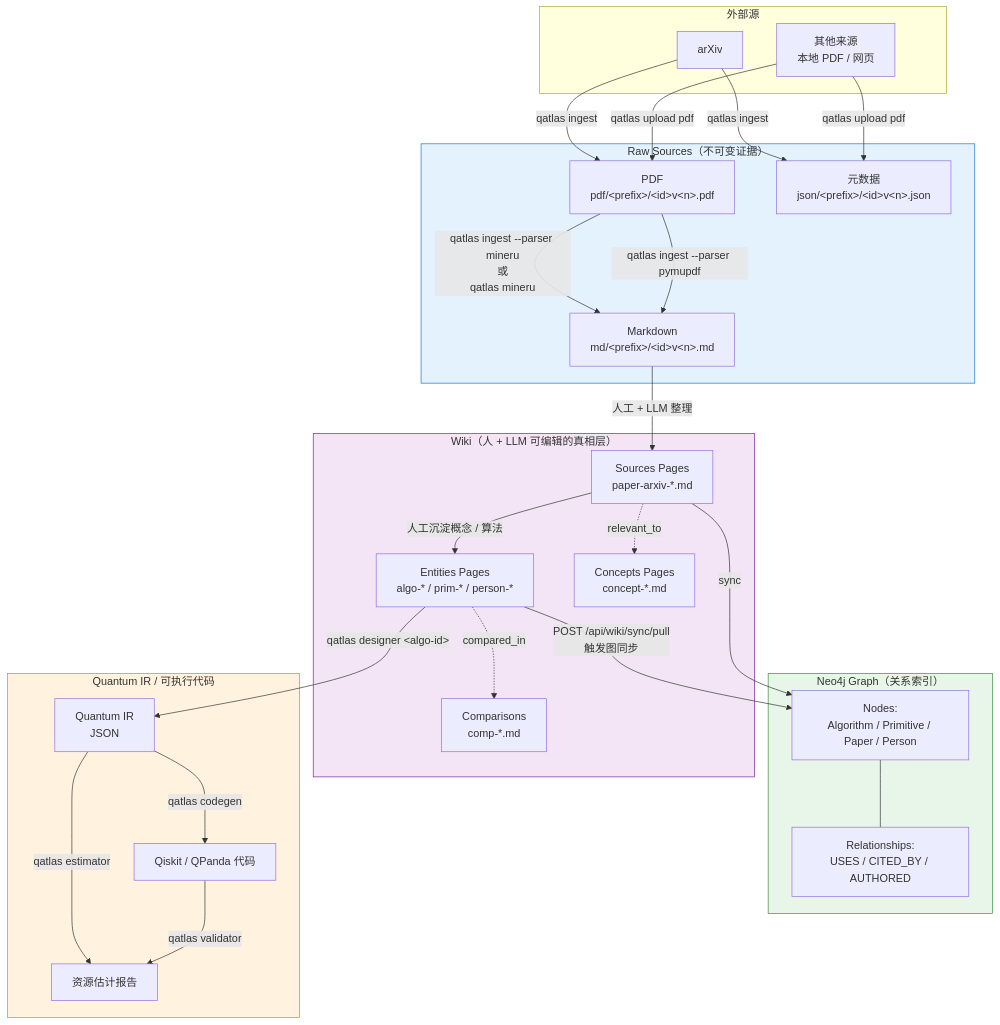
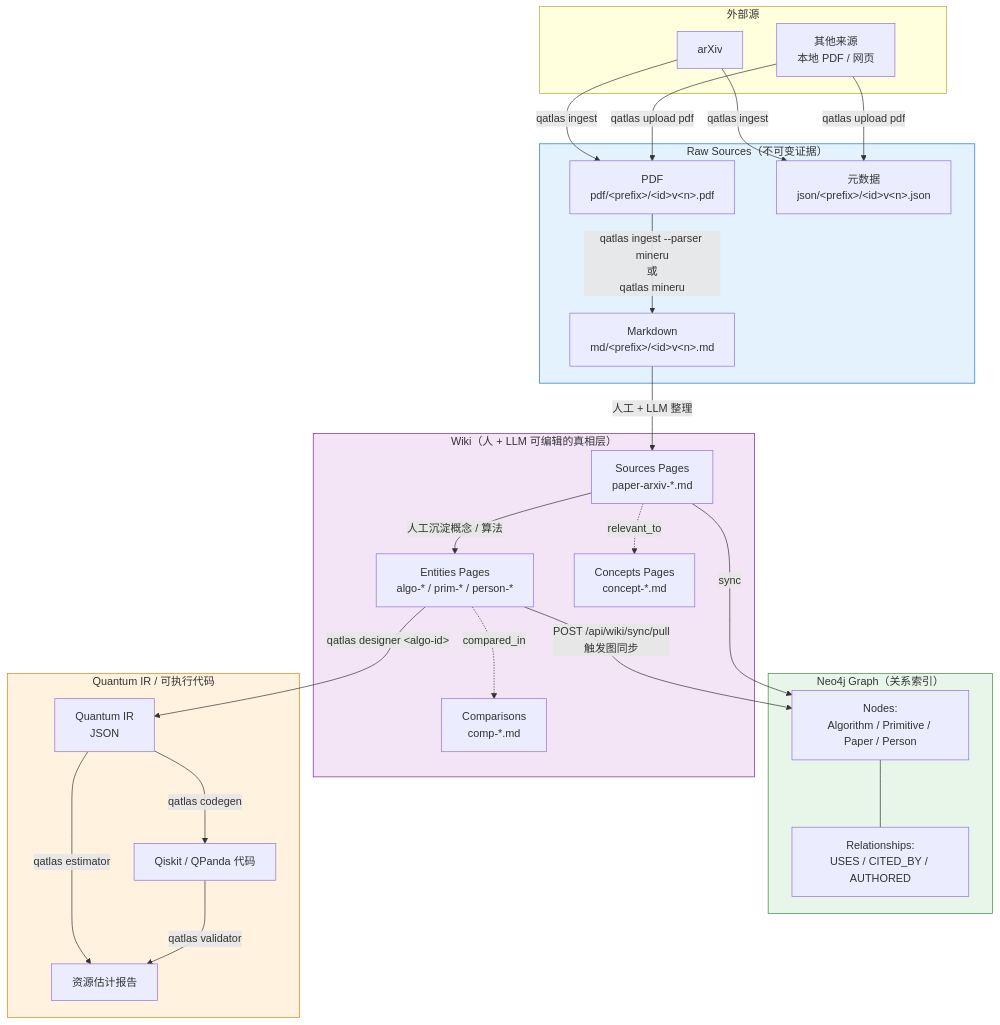
The first of 2 diagrams in docs/concepts/data-flow.md (IAI-USTC-Quantum/QuantumAtlas), drawn with Mermaid before and after one commit. The commit also changed other lines of this file and 17 other files, not shown here.

First line of the commit message:
feat(parser)!: drop pymupdf, MinerU is the sole PDF backend

````diff
--- a/docs/concepts/data-flow.md
+++ b/docs/concepts/data-flow.md
@@ -5,58 +5,57 @@
 ```mermaid
 flowchart TB
     subgraph SRC ["外部源"]
         ARX[arXiv]
         OTH[其他来源<br/>本地 PDF / 网页]
     end
 
     subgraph RAW ["Raw Sources（不可变证据）"]
         PDF[PDF<br/>pdf/&lt;prefix&gt;/&lt;id&gt;v&lt;n&gt;.pdf]
         MD[Markdown<br/>md/&lt;prefix&gt;/&lt;id&gt;v&lt;n&gt;.md]
         META[元数据<br/>json/&lt;prefix&gt;/&lt;id&gt;v&lt;n&gt;.json]
     end
 
     subgraph WIKI ["Wiki（人 + LLM 可编辑的真相层）"]
         SRCPG[Sources Pages<br/>paper-arxiv-*.md]
         ENTPG[Entities Pages<br/>algo-* / prim-* / person-*]
         CPTPG[Concepts Pages<br/>concept-*.md]
         CMPPG[Comparisons<br/>comp-*.md]
     end
 
     subgraph GRAPH ["Neo4j Graph（关系索引）"]
         NODE[Nodes:<br/>Algorithm / Primitive / Paper / Person]
         REL[Relationships:<br/>USES / CITED_BY / AUTHORED]
     end
 
     subgraph CODE ["Quantum IR / 可执行代码"]
         IR[Quantum IR<br/>JSON]
         QSK[Qiskit / QPanda 代码]
         EST[资源估计报告]
     end
 
     ARX -->|qatlas ingest| PDF
     ARX -->|qatlas ingest| META
     OTH -->|qatlas upload pdf| PDF
     OTH -->|qatlas upload pdf| META
 
     PDF -->|qatlas ingest --parser mineru<br/>或<br/>qatlas mineru| MD
-    PDF -->|qatlas ingest --parser pymupdf| MD
 
     MD -->|人工 + LLM 整理| SRCPG
     SRCPG -->|人工沉淀概念 / 算法| ENTPG
     SRCPG -.->|relevant_to| CPTPG
     ENTPG -.->|compared_in| CMPPG
 
     ENTPG -->|POST /api/wiki/sync/pull<br/>触发图同步| NODE
     SRCPG -->|sync| NODE
     NODE --- REL
 
     ENTPG -->|qatlas designer &lt;algo-id&gt;| IR
     IR -->|qatlas codegen| QSK
     IR -->|qatlas estimator| EST
     QSK -->|qatlas validator| EST
 
     style RAW fill:#e3f2fd,stroke:#1976d2
     style WIKI fill:#f3e5f5,stroke:#7b1fa2
     style GRAPH fill:#e8f5e9,stroke:#388e3c
     style CODE fill:#fff3e0,stroke:#f57c00
 ```
````
